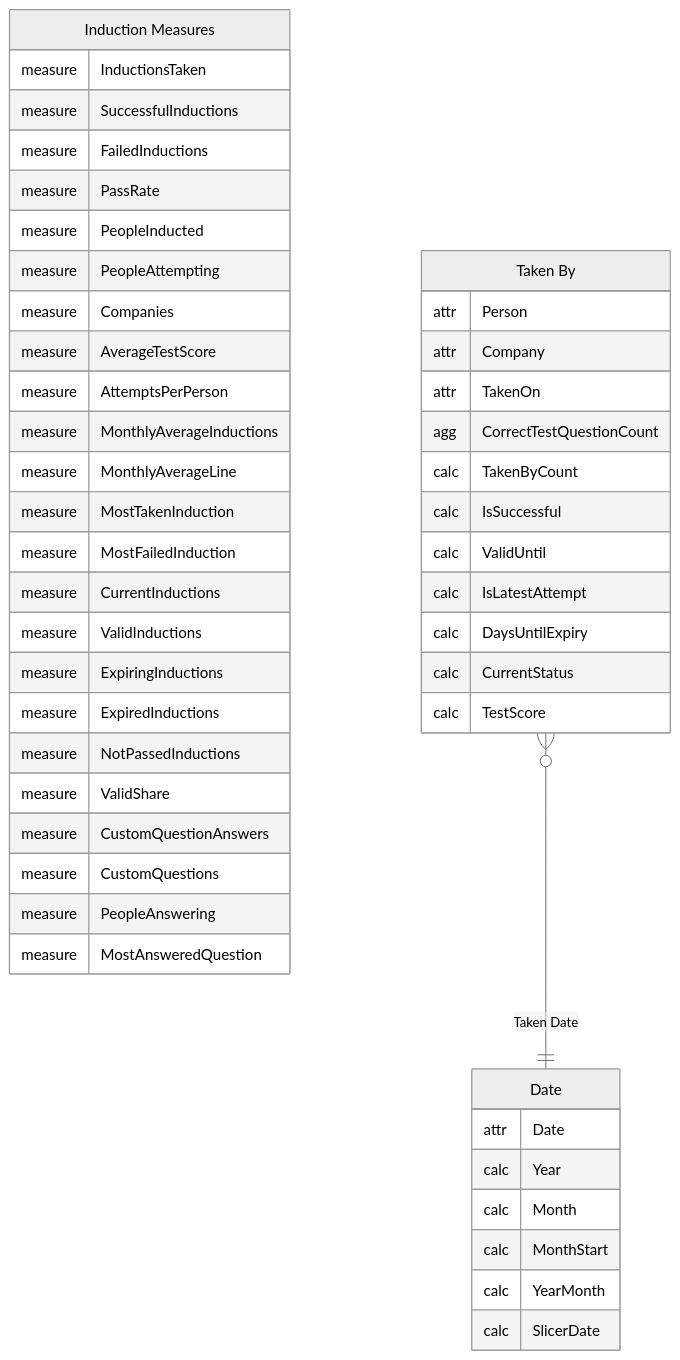
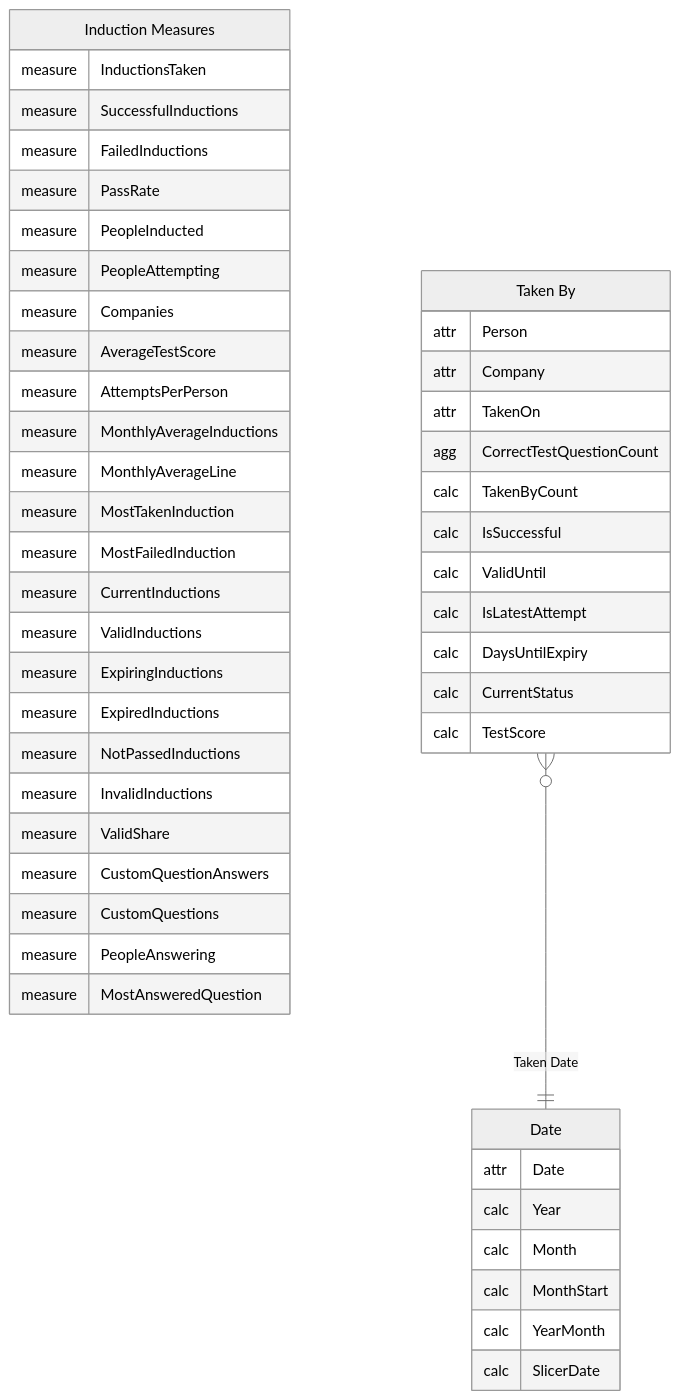
The second of 2 diagrams in PowerBISamplesModels/Inductions.md (adrian-work-wallet/BIClient), drawn with Mermaid before and after one commit. The commit also changed 2 other files, not shown here.

Commit message:
Permits: use the status history to judge close-out
For close-out-required permits, a permit whose status history shows it
expired (Has Been Expired) and was later closed counts as closed after
expiry. Extended permits are judged by the status history only, because
the extract holds the original expiry rather than the extended one.
Other permits still compare close and expiry times (both in the same
time zone in the extract: time-limited permits close within two minutes
of their expiry time).

Instructions: prefer the product's status-history flags to date
comparisons.

````diff
--- a/PowerBISamplesModels/Inductions.md
+++ b/PowerBISamplesModels/Inductions.md
@@ -64,54 +64,55 @@
 ```mermaid
 ---
 config:
   theme: neutral
 ---
 erDiagram
     "Date" {
         attr Date
         calc Year
         calc Month
         calc MonthStart
         calc YearMonth
         calc SlicerDate
     }
     "Induction Measures" {
         measure InductionsTaken
         measure SuccessfulInductions
         measure FailedInductions
         measure PassRate
         measure PeopleInducted
         measure PeopleAttempting
         measure Companies
         measure AverageTestScore
         measure AttemptsPerPerson
         measure MonthlyAverageInductions
         measure MonthlyAverageLine
         measure MostTakenInduction
         measure MostFailedInduction
         measure CurrentInductions
         measure ValidInductions
         measure ExpiringInductions
         measure ExpiredInductions
         measure NotPassedInductions
+        measure InvalidInductions
         measure ValidShare
         measure CustomQuestionAnswers
         measure CustomQuestions
         measure PeopleAnswering
         measure MostAnsweredQuestion
     }
     "Taken By" {
         attr Person
         attr Company
         attr TakenOn
         agg CorrectTestQuestionCount
         calc TakenByCount
         calc IsSuccessful
         calc ValidUntil
         calc IsLatestAttempt
         calc DaysUntilExpiry
         calc CurrentStatus
         calc TestScore
     }
     "Taken By" }o--|| "Date" : "Taken Date"
 ```
````
